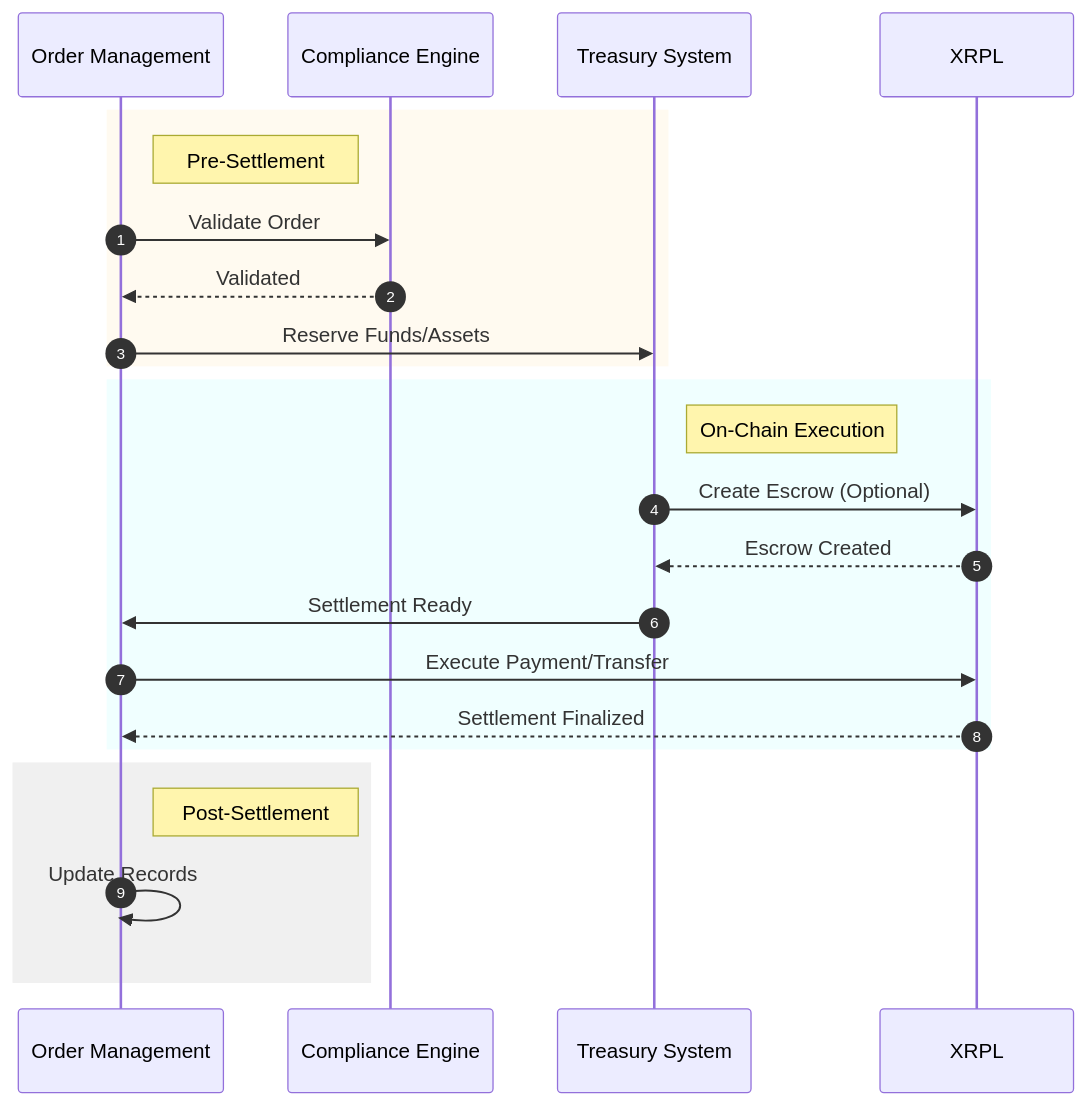
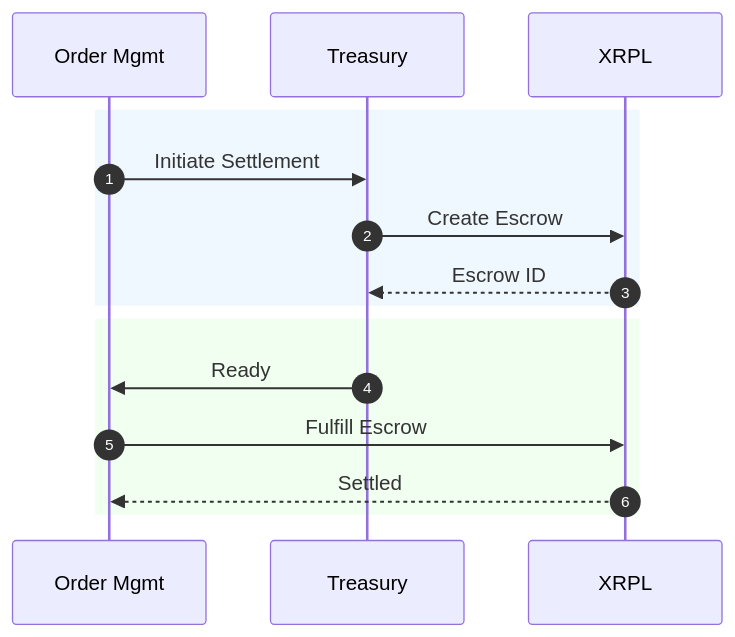
One commit to MrDecryptDecipher/xrpl-institutional-fund-management changed diagram 12 of 17 in README.md. Above: the diagram before and after it, drawn with Mermaid. The commit also changed other lines of this file, not shown here.

Commit message:
docs: final polish of readme with high-contrast diagrams and fixes

````diff
--- a/README.md
+++ b/README.md
@@ -487,29 +428,19 @@
 ```mermaid
 sequenceDiagram
     autonumber
-    participant Order as Order Management
-    participant Compliance as Compliance Engine
-    participant Treasury as Treasury System
-    participant Ledger as XRPL
+    participant OMS as Order Mgmt
+    participant Treasury
+    participant XRPL
 
-    rect rgb(255, 250, 240)
-    Note right of Order: Pre-Settlement
-    Order->>Compliance: Validate Order
-    Compliance-->>Order: Validated
-    Order->>Treasury: Reserve Funds/Assets
+    rect rgb(240, 248, 255)
+    OMS->>Treasury: Initiate Settlement
+    Treasury->>XRPL: Create Escrow
+    XRPL-->>Treasury: Escrow ID
     end
 
-    rect rgb(240, 255, 255)
-    Note right of Treasury: On-Chain Execution
-    Treasury->>Ledger: Create Escrow (Optional)
-    Ledger-->>Treasury: Escrow Created
-    Treasury->>Order: Settlement Ready
-    Order->>Ledger: Execute Payment/Transfer
-    Ledger-->>Order: Settlement Finalized
-    end
-
-    rect rgb(240, 240, 240)
-    Note right of Order: Post-Settlement
-    Order->>Order: Update Records
+    rect rgb(240, 255, 240)
+    Treasury->>OMS: Ready
+    OMS->>XRPL: Fulfill Escrow
+    XRPL-->>OMS: Settled
     end
 ```
````
